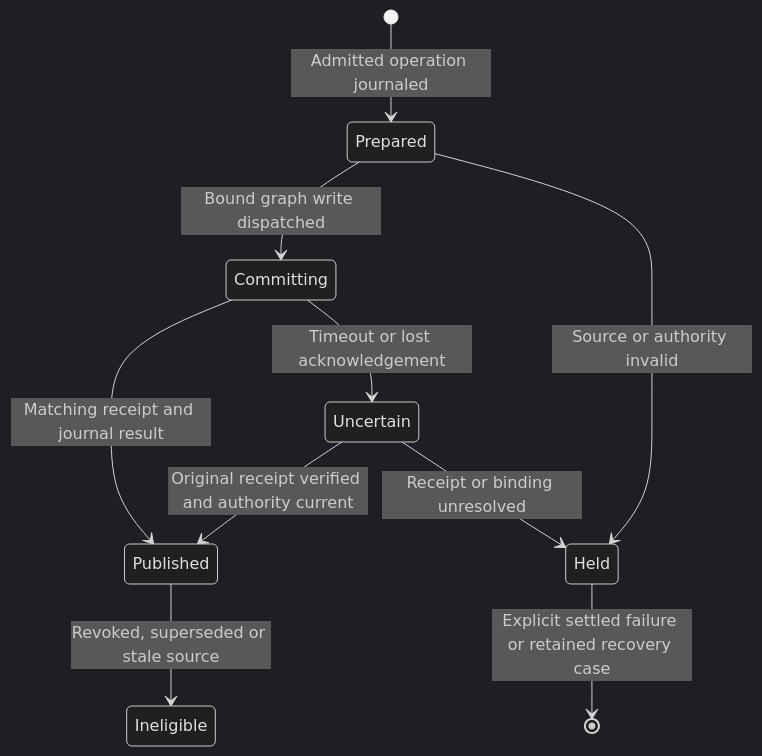
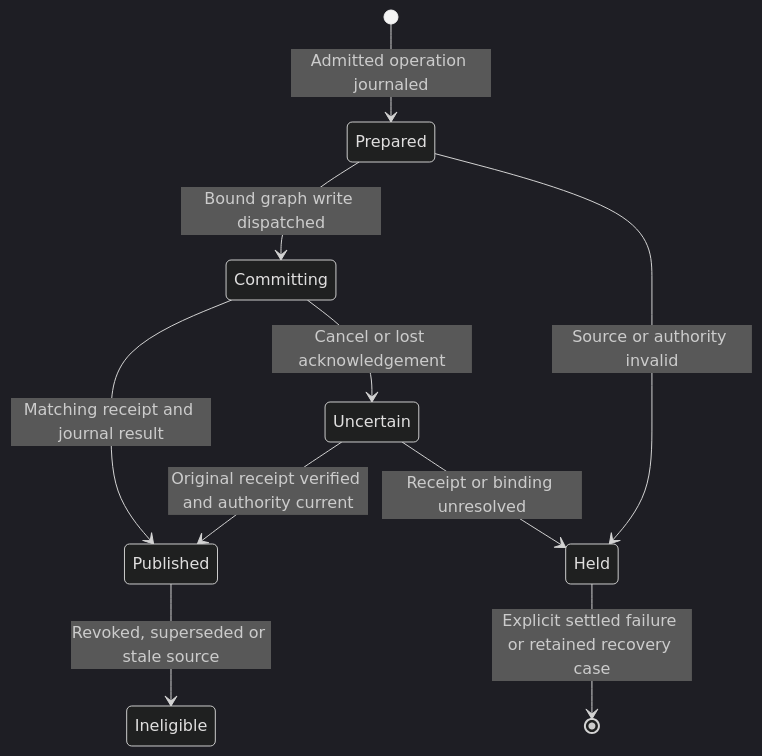
Before and after one commit to pidster/asura: the tenth of 10 diagrams in docs/designs/graph-memory-evolution.md, drawn with Mermaid (dark theme). The commit also changed other lines of this file and 39 other files, not shown here.

````diff
--- a/docs/designs/graph-memory-evolution.md
+++ b/docs/designs/graph-memory-evolution.md
@@ -672,12 +675,12 @@
 ```mermaid
 stateDiagram-v2
     [*] --> Prepared: Admitted operation journaled
     Prepared --> Committing: Bound graph write dispatched
     Committing --> Published: Matching receipt and journal result
-    Committing --> Uncertain: Timeout or lost acknowledgement
+    Committing --> Uncertain: Cancel or lost acknowledgement
     Uncertain --> Published: Original receipt verified and authority current
     Uncertain --> Held: Receipt or binding unresolved
     Prepared --> Held: Source or authority invalid
     Published --> Ineligible: Revoked, superseded or stale source
     Held --> [*]: Explicit settled failure or retained recovery case
 ```
````
